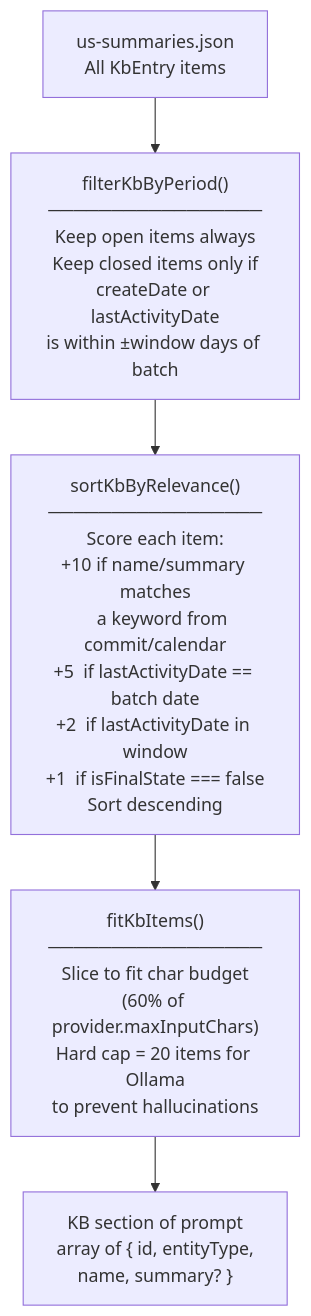
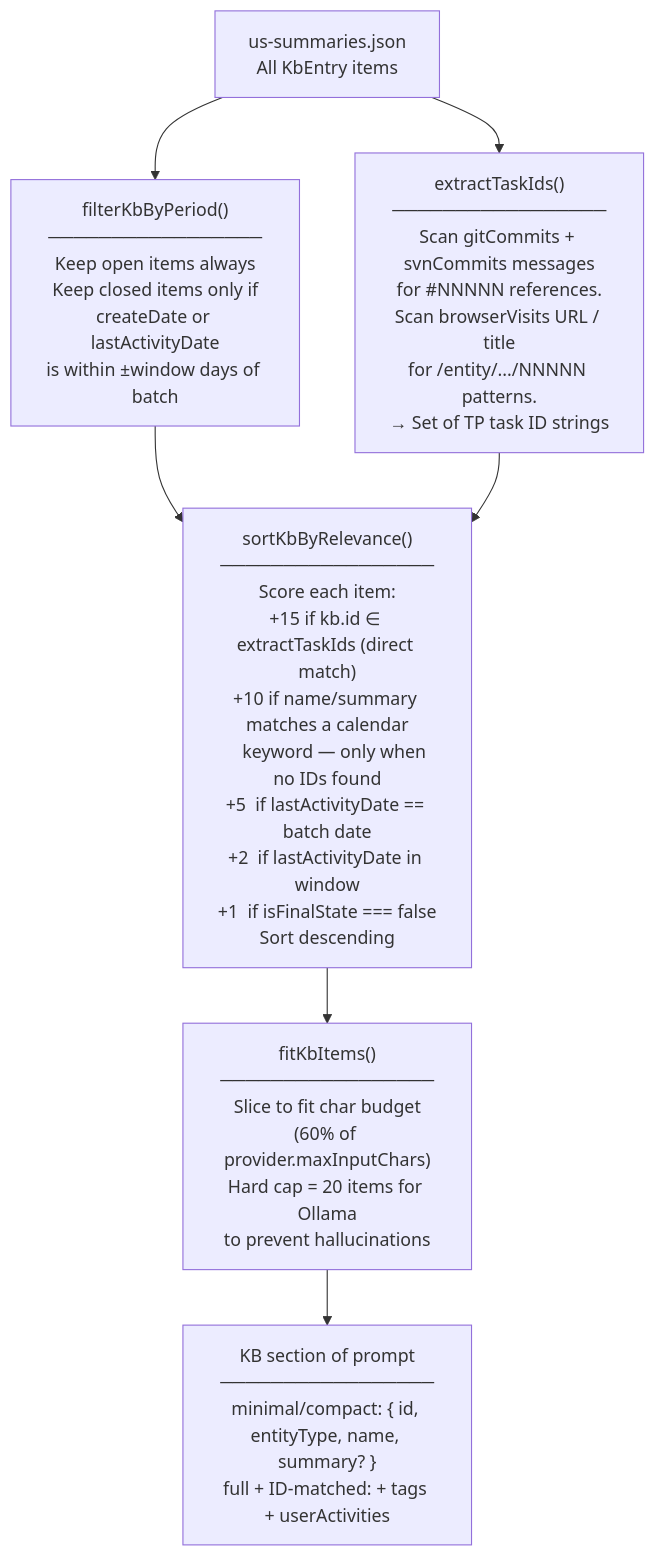
The third of 10 diagrams in docs/AI-ANALYSIS.md (shinjigi/my_ms_graph_api_collector), drawn with Mermaid before and after one commit. The commit also changed other lines of this file and 15 other files, not shown here.

````diff
--- a/docs/AI-ANALYSIS.md
+++ b/docs/AI-ANALYSIS.md
@@ -173,10 +178,13 @@
 ```mermaid
 flowchart TD
     KB["us-summaries.json\nAll KbEntry items"]
+    EXT["extractTaskIds()\n─────────────────\nScan gitCommits + svnCommits messages\nfor #NNNNN references.\nScan browserVisits URL / title\nfor /entity/.../NNNNN patterns.\n→ Set of TP task ID strings"]
     FILTER["filterKbByPeriod()\n─────────────────\nKeep open items always\nKeep closed items only if\ncreateDate or lastActivityDate\nis within ±window days of batch"]
-    SORT["sortKbByRelevance()\n─────────────────\nScore each item:\n+10 if name/summary matches\n    a keyword from commit/calendar\n+5  if lastActivityDate == batch date\n+2  if lastActivityDate in window\n+1  if isFinalState === false\nSort descending"]
+    SORT["sortKbByRelevance()\n─────────────────\nScore each item:\n+15 if kb.id ∈ extractTaskIds (direct match)\n+10 if name/summary matches a calendar\n    keyword — only when no IDs found\n+5  if lastActivityDate == batch date\n+2  if lastActivityDate in window\n+1  if isFinalState === false\nSort descending"]
     FIT["fitKbItems()\n─────────────────\nSlice to fit char budget\n(60% of provider.maxInputChars)\nHard cap = 20 items for Ollama\nto prevent hallucinations"]
-    PROMPT["KB section of prompt\narray of { id, entityType,\nname, summary? }"]
+    PROMPT["KB section of prompt\n─────────────────\nminimal/compact: { id, entityType, name, summary? }\nfull + ID-matched: + tags + userActivities"]
 
+    KB --> EXT
     KB --> FILTER --> SORT --> FIT --> PROMPT
+    EXT --> SORT
 ```
````
